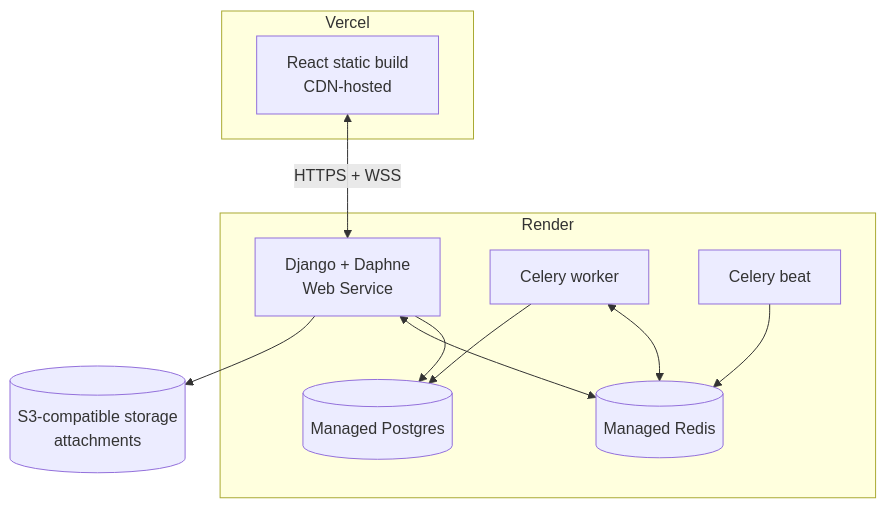
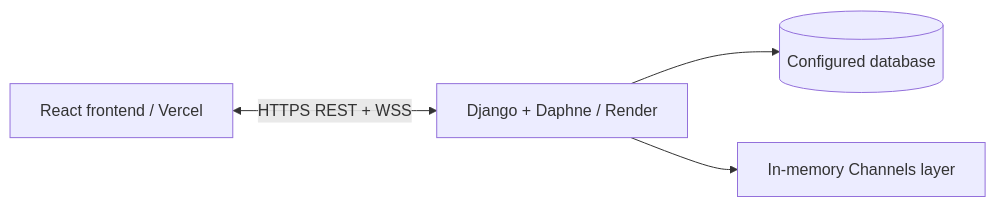
The fourth of 4 diagrams in README.md (Tri27sen/HelpDesk), drawn with Mermaid before and after one commit. The commit also changed other lines of this file, not shown here.

````diff
--- a/README.md
+++ b/README.md
@@ -398,22 +213,10 @@
 ```mermaid
-flowchart TB
-    subgraph Vercel
-        FE[React static build<br/>CDN-hosted]
-    end
-    subgraph Render
-        BE[Django + Daphne<br/>Web Service]
-        WK[Celery worker]
-        BT[Celery beat]
-        PG[(Managed Postgres)]
-        RD[(Managed Redis)]
-    end
-    S3[(S3-compatible storage<br/>attachments)]
-
-    FE <-->|HTTPS + WSS| BE
-    BE --> PG
-    BE <--> RD
-    WK <--> RD
-    BT --> RD
-    WK --> PG
-    BE --> S3
+flowchart LR
+    FE[React frontend / Vercel]
+    BE[Django + Daphne / Render]
+    DB[(Configured database)]
+    CL[In-memory Channels layer]
+    FE <-->|HTTPS REST + WSS| BE
+    BE --> DB
+    BE --> CL
 ```
````
